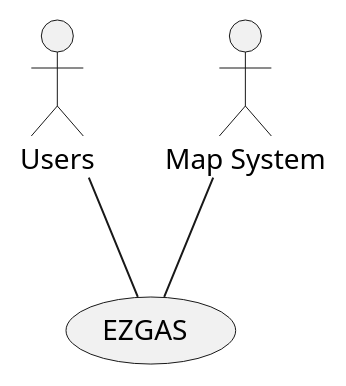
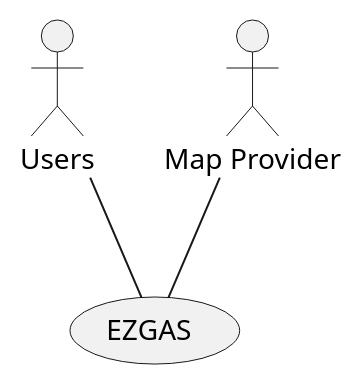
The diagram in Filippo/REQ_s267554.md (peppep97/se1), drawn with PlantUML before and after one commit. The commit also changed other lines of this file, not shown here.

````diff
--- a/Filippo/REQ_s267554.md
+++ b/Filippo/REQ_s267554.md
@@ -45,4 +45,4 @@
 ```plantuml
 Users -- (EZGAS)
-:Map System: -- (EZGAS)
+:Map Provider: -- (EZGAS)
 ```
````
